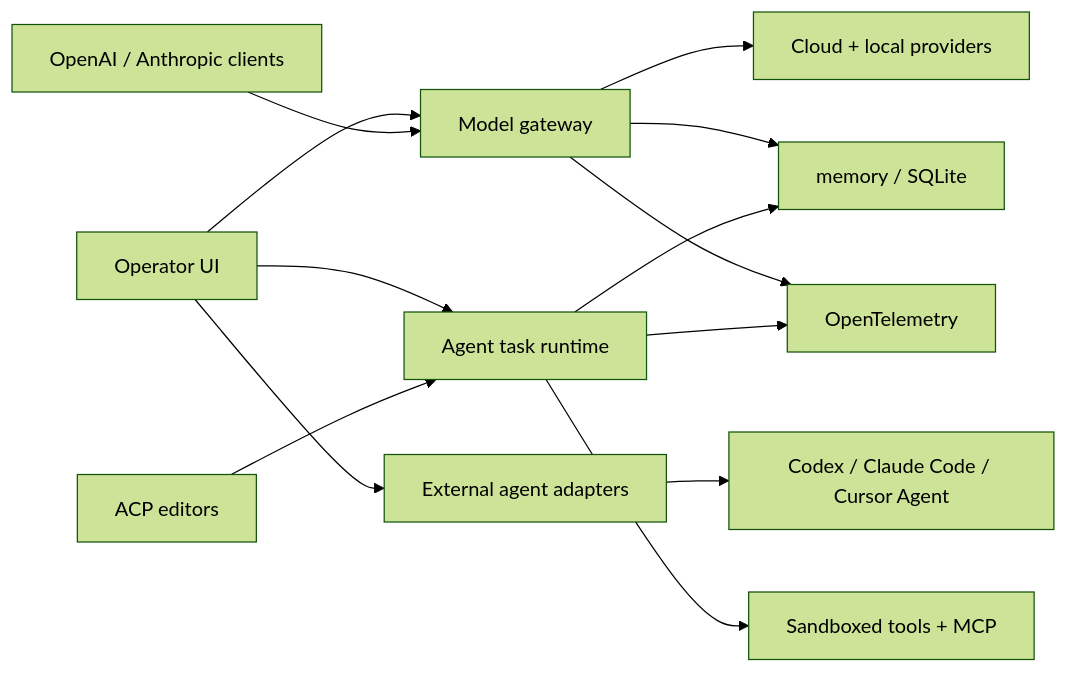
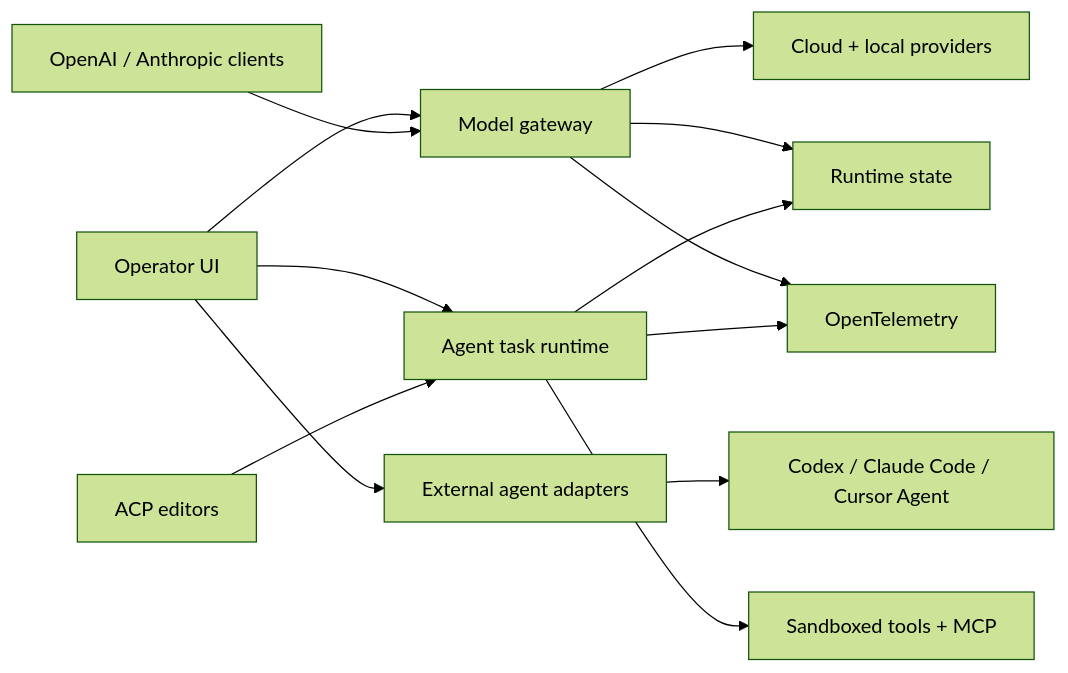
The diagram in README.md (hecatehq/hecate), drawn with Mermaid (forest theme) before and after one commit. The commit also changed other lines of this file and 11 other files, not shown here.

````diff
--- a/README.md
+++ b/README.md
@@ -109,24 +109,24 @@
 ```mermaid
 flowchart LR
     Console["Operator UI"]
     APIClients["OpenAI / Anthropic clients"]
     Editors["ACP editors"]
 
     Gateway["Model gateway"]
     AgentAdapters["External agent adapters"]
     Runtime["Agent task runtime"]
 
     Console --> Gateway
     Console --> AgentAdapters
     Console --> Runtime
     APIClients --> Gateway
     Editors --> Runtime
 
     Gateway --> Providers["Cloud + local providers"]
     AgentAdapters --> CLIs["Codex / Claude Code / Cursor Agent"]
     Runtime --> Tools["Sandboxed tools + MCP"]
-    Gateway --> State["memory / SQLite"]
+    Gateway --> State["Runtime state"]
     Runtime --> State
     Gateway --> OTel["OpenTelemetry"]
     Runtime --> OTel
 ```
````
